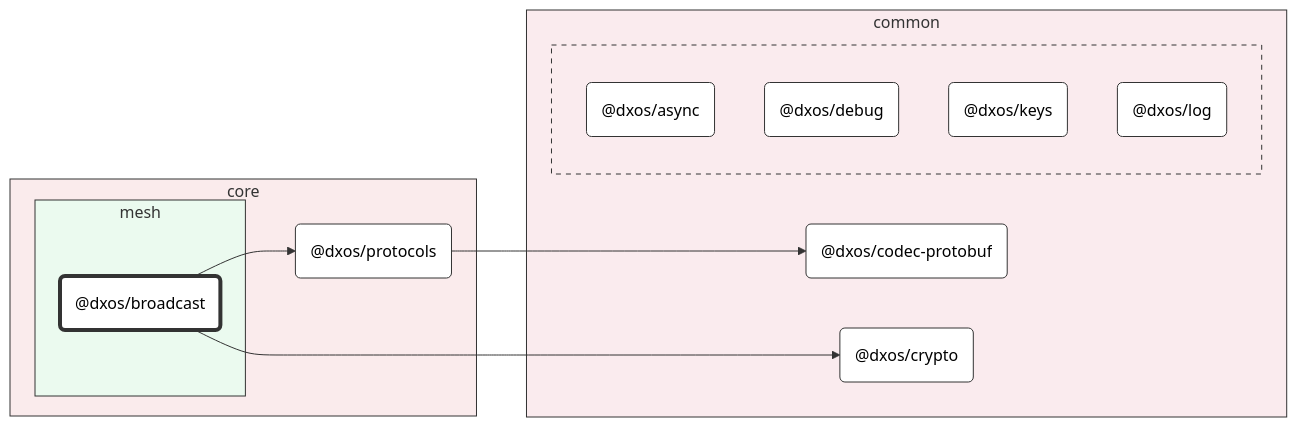
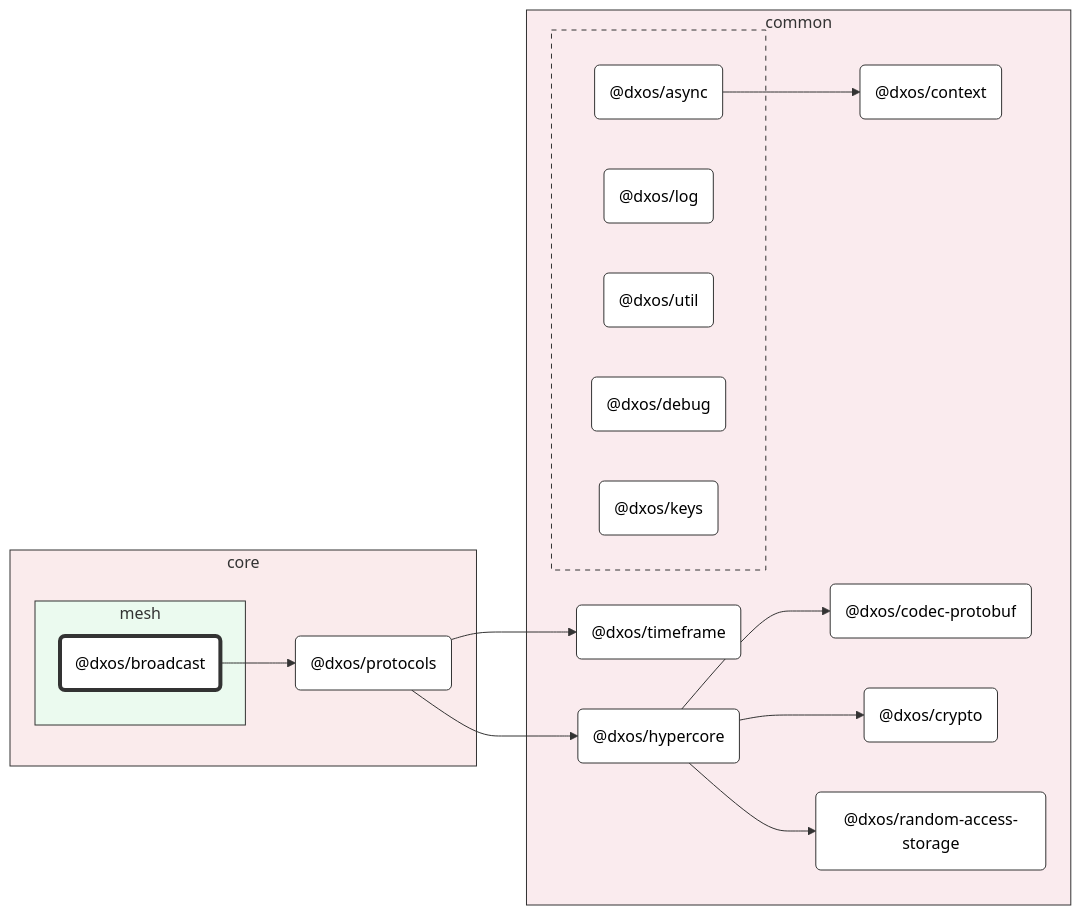
One commit to dxos/dxos changed the diagram in packages/core/mesh/broadcast/docs/README.md. Above: the diagram before and after it, drawn with Mermaid (forest theme). The commit also changed other lines of this file and 95 other files, not shown here.

Commit message:
Class diagrams.

````diff
--- a/packages/core/mesh/broadcast/docs/README.md
+++ b/packages/core/mesh/broadcast/docs/README.md
@@ -7,49 +7,63 @@
 ```mermaid
 %%{ init: {'flowchart':{'curve':'basis'}} }%%
 
 flowchart LR
 
 %% Classes
 classDef def fill:#fff,stroke:#333,stroke-width:1px
 classDef root fill:#fff,stroke:#333,stroke-width:4px
 
 %% Nodes
 
 subgraph core [core]
   style core fill:#faebec,stroke:#333
   dxos/protocols("@dxos/protocols"):::def
   click dxos/protocols "dxos/dxos/tree/main/packages/core/protocols/docs"
 
   subgraph mesh [mesh]
     style mesh fill:#ebfaef,stroke:#333
     dxos/broadcast("@dxos/broadcast"):::root
     click dxos/broadcast "dxos/dxos/tree/main/packages/core/mesh/broadcast/docs"
   end
 end
 
 subgraph common [common]
   style common fill:#faebee,stroke:#333
+  dxos/context("@dxos/context"):::def
+  click dxos/context "dxos/dxos/tree/main/packages/common/context/docs"
   dxos/codec-protobuf("@dxos/codec-protobuf"):::def
   click dxos/codec-protobuf "dxos/dxos/tree/main/packages/common/codec-protobuf/docs"
   dxos/crypto("@dxos/crypto"):::def
   click dxos/crypto "dxos/dxos/tree/main/packages/common/crypto/docs"
+  dxos/hypercore("@dxos/hypercore"):::def
+  click dxos/hypercore "dxos/dxos/tree/main/packages/common/hypercore/docs"
+  dxos/random-access-storage("@dxos/random-access-storage"):::def
+  click dxos/random-access-storage "dxos/dxos/tree/main/packages/common/random-access-storage/docs"
+  dxos/timeframe("@dxos/timeframe"):::def
+  click dxos/timeframe "dxos/dxos/tree/main/packages/common/timeframe/docs"
 
   subgraph _ [ ]
     style _ fill:#faebee,stroke:#333,stroke-dasharray:5 5
     dxos/async("@dxos/async"):::def
     click dxos/async "dxos/dxos/tree/main/packages/common/async/docs"
+    dxos/log("@dxos/log"):::def
+    click dxos/log "dxos/dxos/tree/main/packages/common/log/docs"
+    dxos/util("@dxos/util"):::def
+    click dxos/util "dxos/dxos/tree/main/packages/common/util/docs"
     dxos/debug("@dxos/debug"):::def
     click dxos/debug "dxos/dxos/tree/main/packages/common/debug/docs"
     dxos/keys("@dxos/keys"):::def
     click dxos/keys "dxos/dxos/tree/main/packages/common/keys/docs"
-    dxos/log("@dxos/log"):::def
-    click dxos/log "dxos/dxos/tree/main/packages/common/log/docs"
   end
 end
 
 %% Links
 linkStyle default stroke:#333,stroke-width:1px
-dxos/broadcast --> dxos/crypto
+dxos/async --> dxos/context
 dxos/broadcast --> dxos/protocols
-dxos/protocols --> dxos/codec-protobuf
+dxos/protocols --> dxos/hypercore
+dxos/hypercore --> dxos/codec-protobuf
+dxos/hypercore --> dxos/crypto
+dxos/hypercore --> dxos/random-access-storage
+dxos/protocols --> dxos/timeframe
 ```
````
